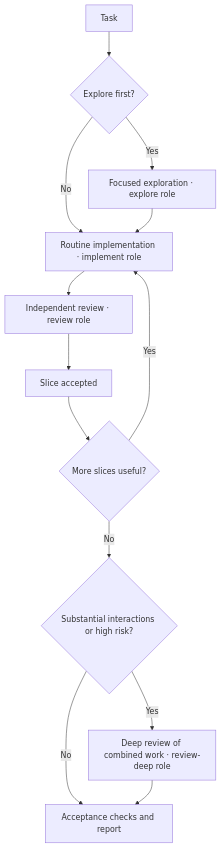
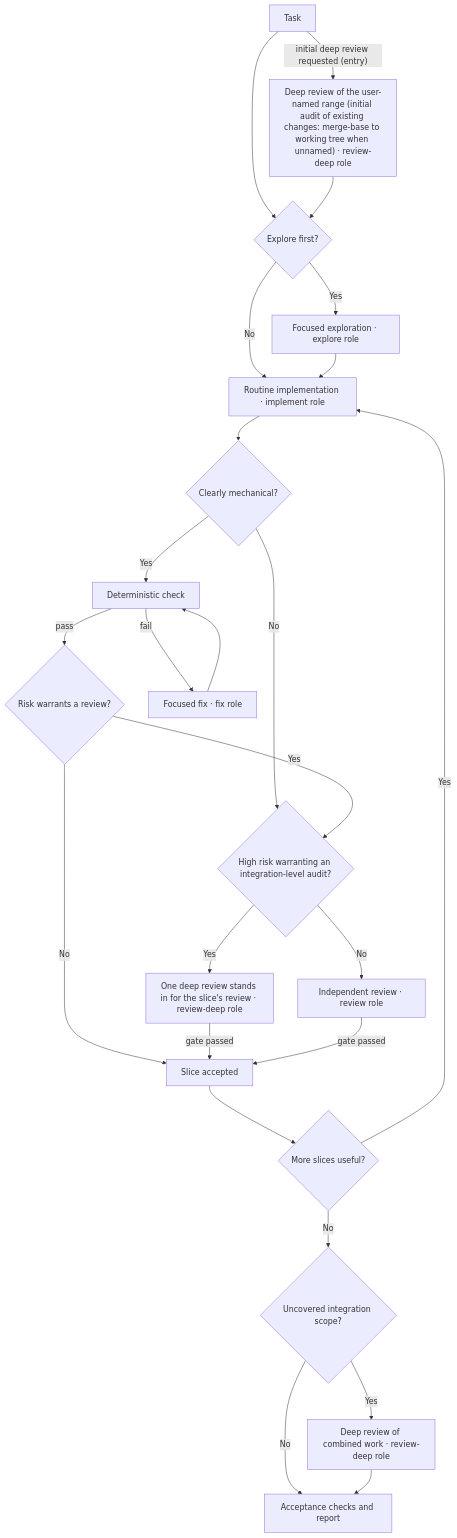
One commit to alefranz/AgenticAle changed the first of 2 diagrams in docs/skills/work/index.md. Above: the diagram before and after it, drawn with Mermaid. The commit also changed other lines of this file and 10 other files, not shown here.

First line of the commit message:
feat: make review gates risk-based in work and autonomous skills

````diff
--- a/docs/skills/work/index.md
+++ b/docs/skills/work/index.md
@@ -151,15 +161,27 @@
 ```mermaid
 flowchart TD
     Task[Task] --> ExploreNeeded{Explore first?}
+    Task -->|"initial deep review requested (entry)"| NamedRangeAudit["Deep review of the user-named range (initial audit of existing changes: merge-base to working tree when unnamed) · review-deep role"]
+    NamedRangeAudit --> ExploreNeeded
     ExploreNeeded -->|Yes| Explore[Focused exploration · explore role]
     ExploreNeeded -->|No| Implement[Routine implementation · implement role]
     Explore --> Implement
-    Implement --> Review[Independent review · review role]
-    Review --> SliceAccepted[Slice accepted]
+    Implement --> Mechanical{Clearly mechanical?}
+    Mechanical -->|Yes| DeterministicCheck[Deterministic check]
+    Mechanical -->|No| Level{High risk warranting an integration-level audit?}
+    Level -->|Yes| DeepSlice[One deep review stands in for the slice's review · review-deep role]
+    Level -->|No| Review[Independent review · review role]
+    DeterministicCheck -->|pass| RiskWarrants{Risk warrants a review?}
+    DeterministicCheck -->|fail| FixCheck[Focused fix · fix role]
+    FixCheck --> DeterministicCheck
+    RiskWarrants -->|Yes| Level
+    RiskWarrants -->|No| SliceAccepted[Slice accepted]
+    DeepSlice -->|gate passed| SliceAccepted
+    Review -->|gate passed| SliceAccepted
     SliceAccepted --> MoreSlices{More slices useful?}
     MoreSlices -->|Yes| Implement
-    MoreSlices -->|No| DeepReviewNeeded{Substantial interactions or high risk?}
+    MoreSlices -->|No| DeepReviewNeeded{Uncovered integration scope?}
     DeepReviewNeeded -->|Yes| DeepReview[Deep review of combined work · review-deep role]
     DeepReviewNeeded -->|No| Checks[Acceptance checks and report]
     DeepReview --> Checks
 ```
````
